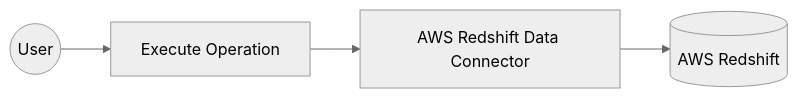
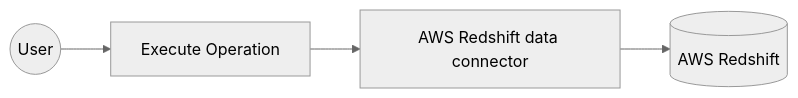
One commit to YasanPunch/docs-integrator changed the diagram in docs/connectors/catalog/database/aws.redshiftdata/example.md. Above: the diagram before and after it, drawn with Mermaid (neutral theme). The commit also changed other lines of this file and 5089 other files, not shown here.

````diff
--- a/docs/connectors/catalog/database/aws.redshiftdata/example.md
+++ b/docs/connectors/catalog/database/aws.redshiftdata/example.md
@@ -12,6 +12,6 @@
 ```mermaid
 flowchart LR
     A((User)) --> B[Execute Operation]
-    B --> C[AWS Redshift Data Connector]
+    B --> C[AWS Redshift data connector]
     C --> D[(AWS Redshift)]
 ```
````
